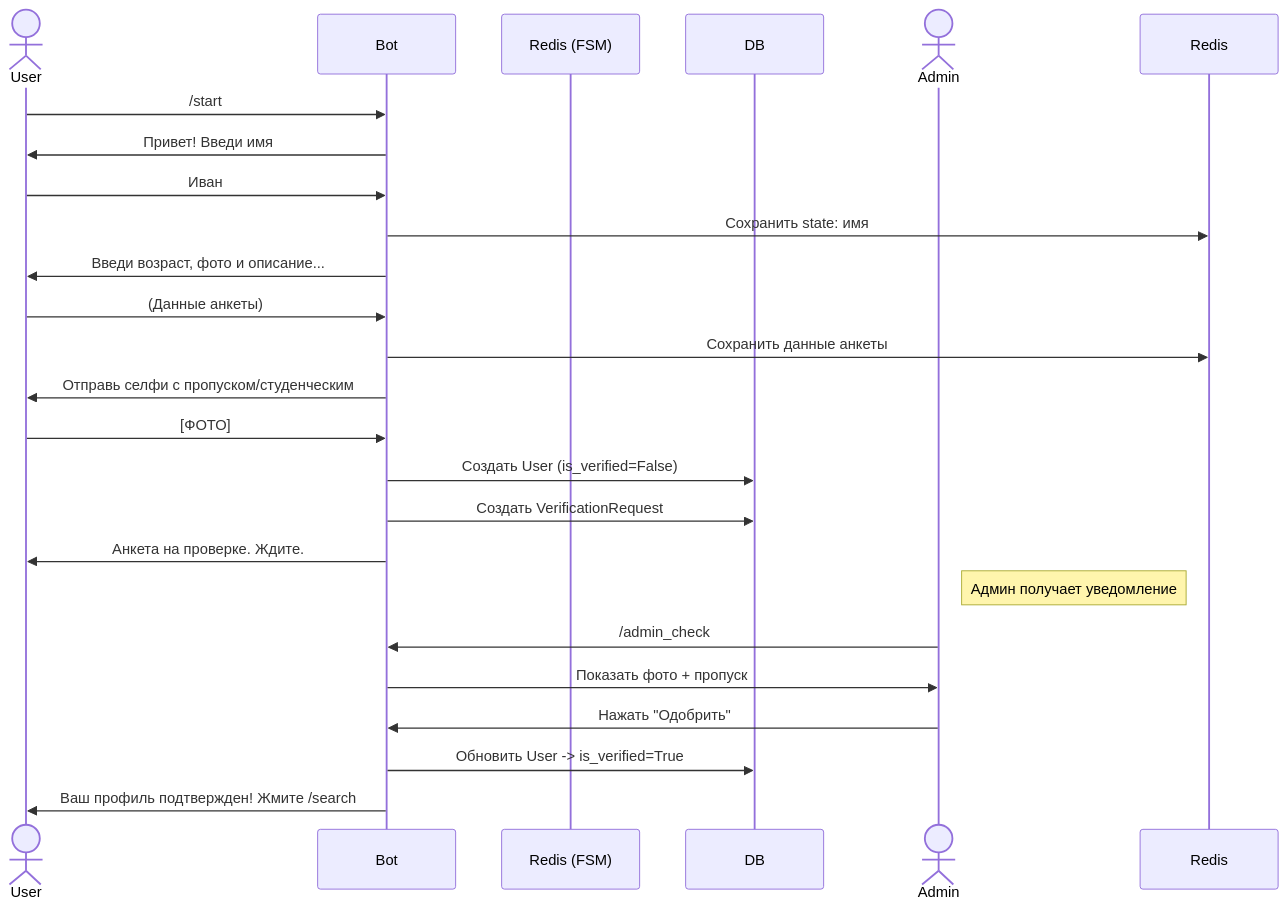
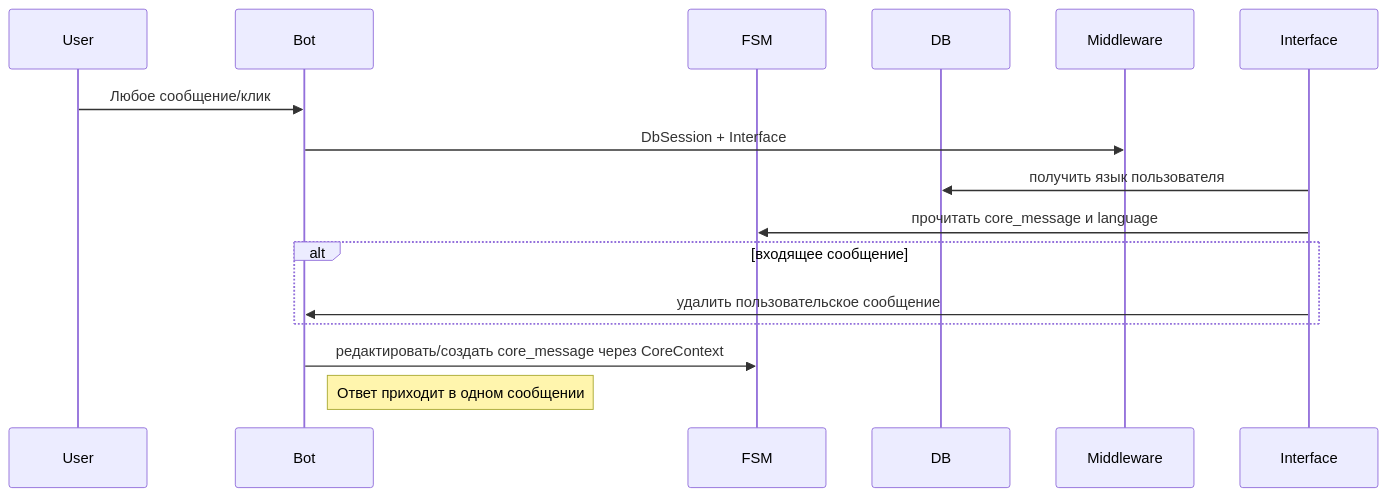
One commit to dshhrv/datemate changed the second of 4 diagrams in Python_Project.md. Above: the diagram before and after it, drawn with Mermaid. The commit also changed other lines of this file, not shown here.

````diff
--- a/Python_Project.md
+++ b/Python_Project.md
@@ -113,28 +155,17 @@
 ```mermaid
 sequenceDiagram
-    actor User
+    participant User
     participant Bot
-    participant Redis (FSM)
+    participant FSM
     participant DB
-    actor Admin
 
-    User->>Bot: /start
-    Bot->>User: Привет! Введи имя
-    User->>Bot: Иван
-    Bot->>Redis: Сохранить state: имя
-    Bot->>User: Введи возраст, фото и описание...
-    User->>Bot: (Данные анкеты)
-    Bot->>Redis: Сохранить данные анкеты
-    Bot->>User: Отправь селфи с пропуском/студенческим
-    User->>Bot: [ФОТО]
-    Bot->>DB: Создать User (is_verified=False)
-    Bot->>DB: Создать VerificationRequest
-    Bot->>User: Анкета на проверке. Ждите.
-    
-    Note right of Admin: Админ получает уведомление
-    Admin->>Bot: /admin_check
-    Bot->>Admin: Показать фото + пропуск
-    Admin->>Bot: Нажать "Одобрить"
-    Bot->>DB: Обновить User -> is_verified=True
-    Bot->>User: Ваш профиль подтвержден! Жмите /search
+    User->>Bot: Любое сообщение/клик
+    Bot->>Middleware: DbSession + Interface
+    Interface->>DB: получить язык пользователя
+    Interface->>FSM: прочитать core_message и language
+    alt входящее сообщение
+        Interface->>Bot: удалить пользовательское сообщение
+    end
+    Bot->>FSM: редактировать/создать core_message через CoreContext
+    Note right of Bot: Ответ приходит в одном сообщении
 ```
````
